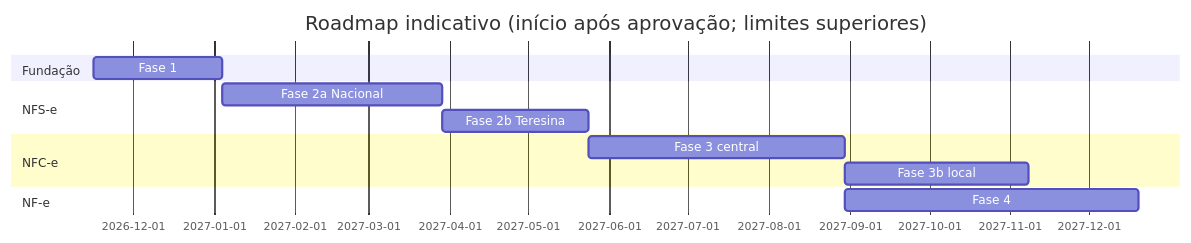
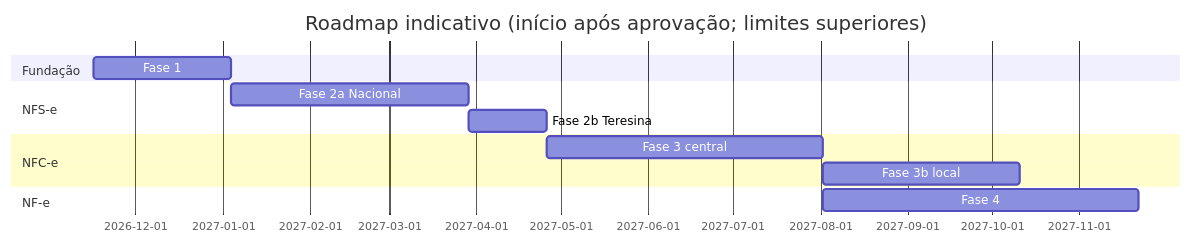
One commit to Act962/orbita-nfe changed the diagram in docs/roadmap.md. Above: the diagram before and after it, drawn with Mermaid. The commit also changed other lines of this file and 110 other files, not shown here.

````diff
--- a/docs/roadmap.md
+++ b/docs/roadmap.md
@@ -59,15 +62,15 @@
 ```mermaid
 gantt
   dateFormat YYYY-MM-DD
   title Roadmap indicativo (início após aprovação; limites superiores)
   section Fundação
   Fase 1            :f1, 2026-11-16, 7w
   section NFS-e
   Fase 2a Nacional  :f2a, after f1, 12w
-  Fase 2b Teresina  :f2b, after f2a, 8w
+  Fase 2b Teresina  :f2b, after f2a, 4w
   section NFC-e
   Fase 3 central    :f3, after f2b, 14w
   Fase 3b local     :f3b, after f3, 10w
   section NF-e
   Fase 4            :f4, after f3, 16w
 ```
````
